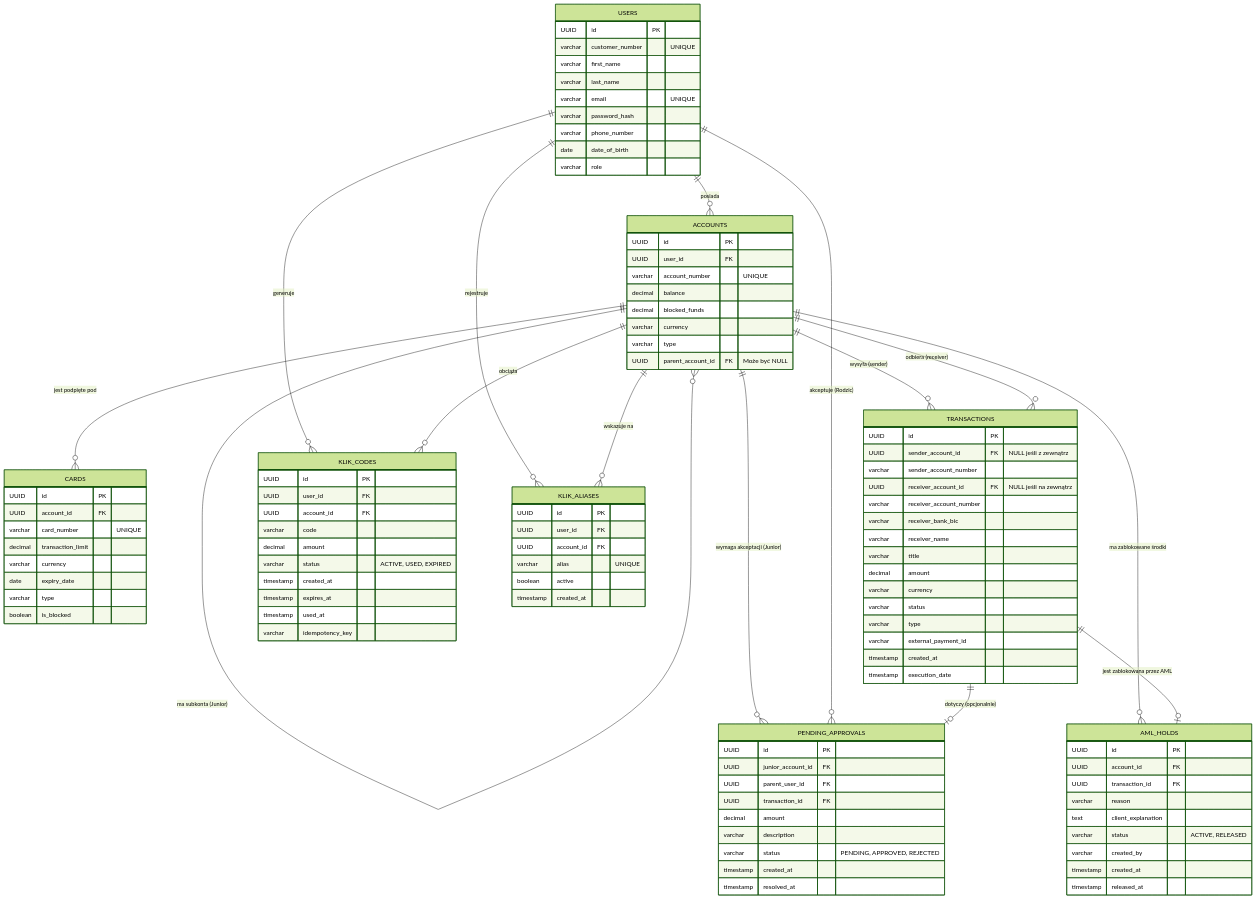
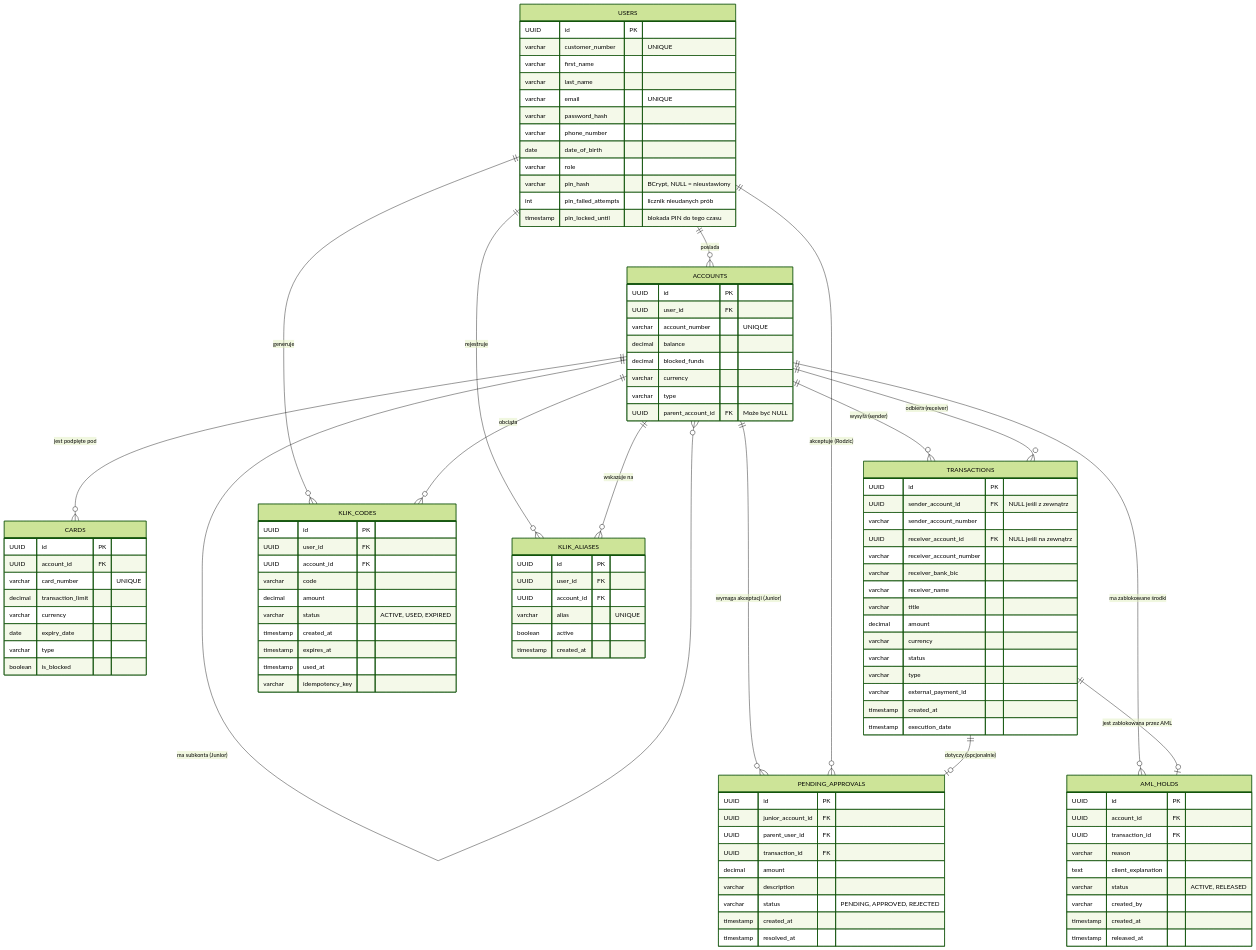
Before and after one commit to DominikDz3/polish-bank-a: the second of 2 diagrams in README.md, drawn with Mermaid (forest theme). The commit also changed 2 other files, not shown here.

Commit message:
db: dodaj obsługę PIN-u do schematu users (V2 + ERD)

```diff
--- a/README.md
+++ b/README.md
@@ -224,6 +224,9 @@
         varchar phone_number
         date date_of_birth
         varchar role
+        varchar pin_hash "BCrypt, NULL = nieustawiony"
+        int pin_failed_attempts "licznik nieudanych prób"
+        timestamp pin_locked_until "blokada PIN do tego czasu"
     }
 
     ACCOUNTS {
```
